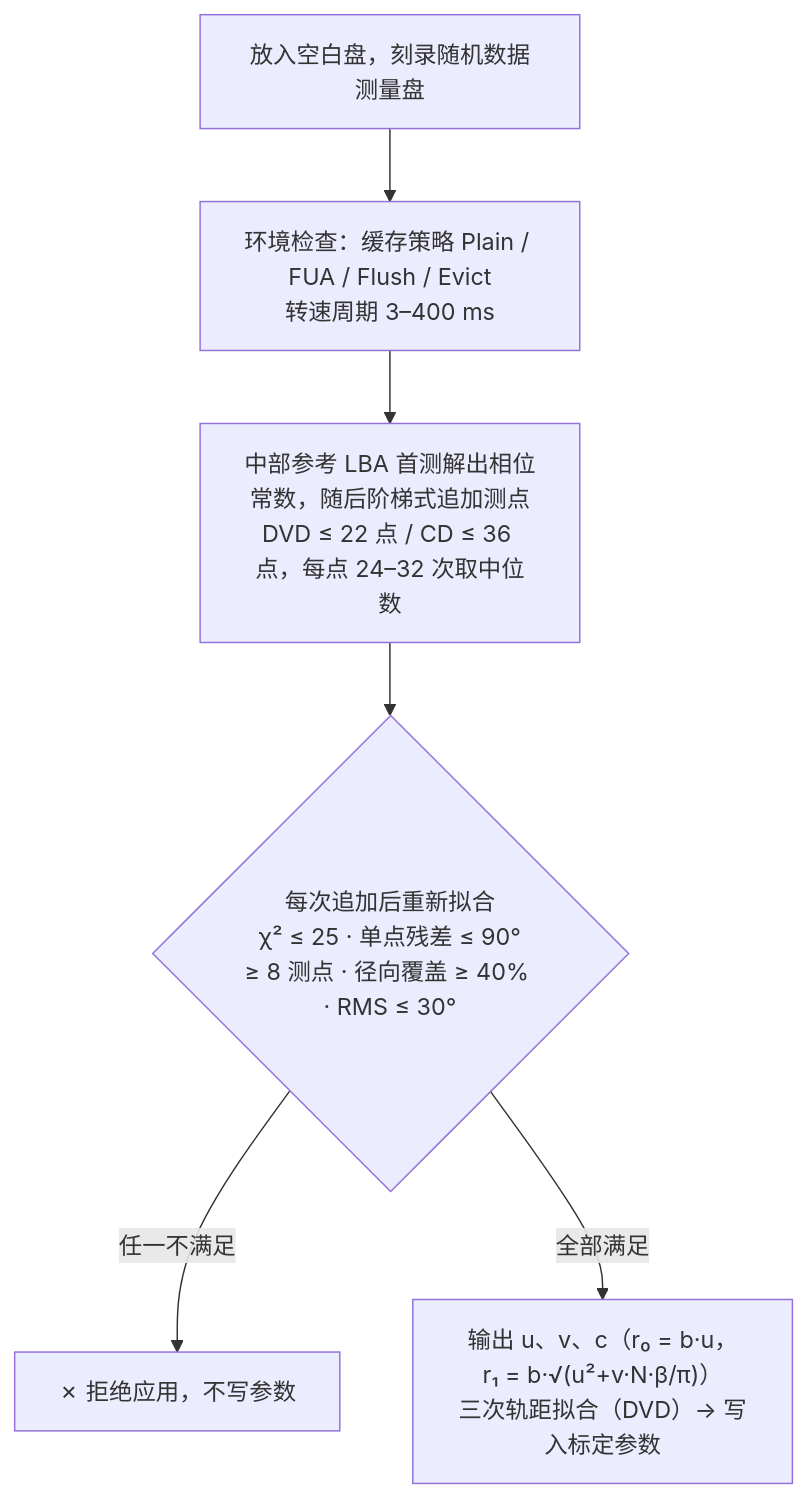
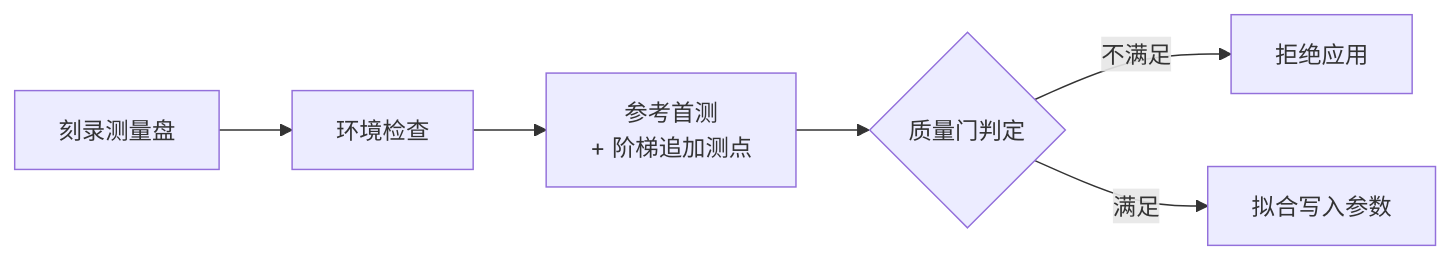
Before and after one commit to 123RDST/DiscImageStudio: the first of 2 diagrams in README.md, drawn with Mermaid. The commit also changed other lines of this file, not shown here.

Commit message:
README: make the calibration flowchart horizontal and terse
GitHub sizes TD flowcharts by content, so long node labels turned the
5-level chart into tall narrow columns. Switch to a wide, short LR chart
with short labels; the quality-gate numbers move into the design-notes
list where they belong.

````diff
--- a/README.md
+++ b/README.md
@@ -99,8 +99,6 @@
 ```mermaid
-flowchart TD
-    A["放入空白盘，刻录随机数据测量盘"] --> B["环境检查：缓存策略 Plain / FUA / Flush / Evict<br/>转速周期 3–400 ms"]
-    B --> C["中部参考 LBA 首测解出相位常数，随后阶梯式追加测点<br/>DVD ≤ 22 点 / CD ≤ 36 点，每点 24–32 次取中位数"]
-    C --> D{"每次追加后重新拟合<br/>χ² ≤ 25 · 单点残差 ≤ 90°<br/>≥ 8 测点 · 径向覆盖 ≥ 40% · RMS ≤ 30°"}
-    D -- "任一不满足" --> E["✗ 拒绝应用，不写参数"]
-    D -- "全部满足" --> F["输出 u、v、c（r₀ = b·u，r₁ = b·√(u²+v·N·β/π)）<br/>三次轨距拟合（DVD）→ 写入标定参数"]
+flowchart LR
+    A["刻录测量盘"] --> B["环境检查"] --> C["参考首测<br/>+ 阶梯追加测点"] --> D{"质量门判定"}
+    D -- "不满足" --> E["拒绝应用"]
+    D -- "满足" --> F["拟合写入参数"]
 ```
````
